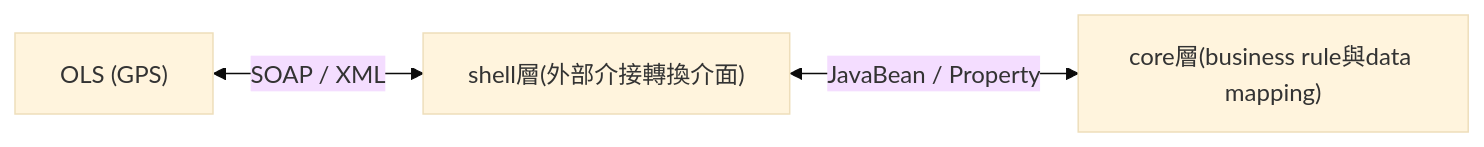
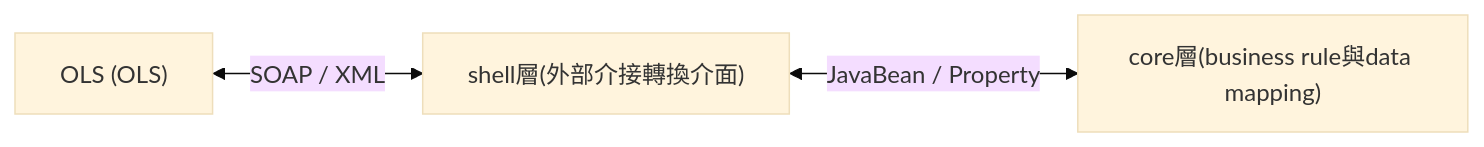
One commit to ChunPingWang/ai-workshop changed the first of 7 diagrams in new-pay_OnlineStore_FSD.md. Above: the diagram before and after it, drawn with Mermaid (base theme). The commit also changed other lines of this file and 28 other files, not shown here.

First line of the commit message:
去識別化：全面移除 GPS 字眼，改以 OnlineStore 縮寫 OLS

````diff
--- a/new-pay_OnlineStore_FSD.md
+++ b/new-pay_OnlineStore_FSD.md
@@ -128,5 +128,5 @@
 ```mermaid
 flowchart LR
-    G["OLS (GPS)"] <-->|"SOAP / XML"| SH["shell層(外部介接轉換介面)"]
+    G["OLS (OLS)"] <-->|"SOAP / XML"| SH["shell層(外部介接轉換介面)"]
     SH <-->|"JavaBean / Property"| CO["core層(business rule與data mapping)"]
 ```
````
